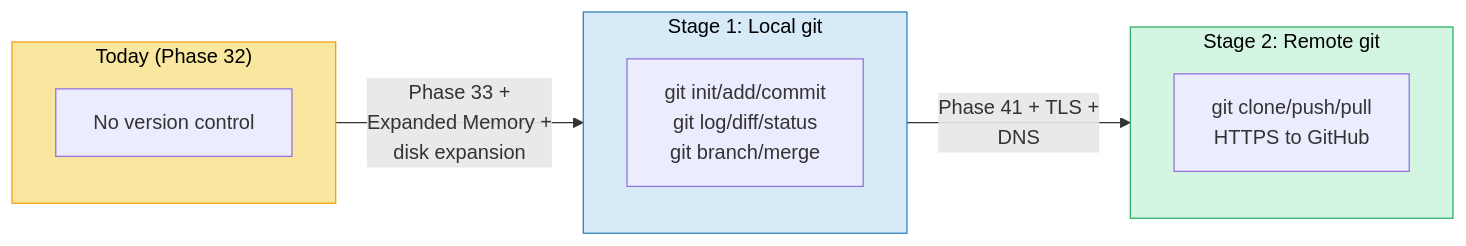
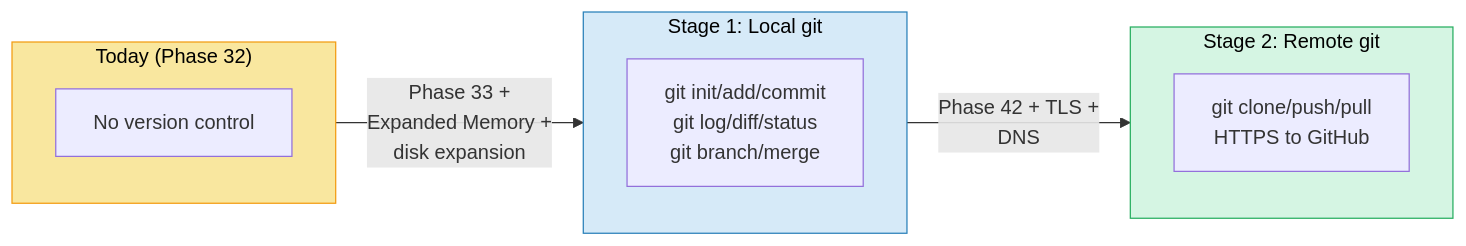
The first of 6 diagrams in docs/git-roadmap.md (mikecubed/m3OS), drawn with Mermaid before and after one commit. The commit also changed other lines of this file and 34 other files, not shown here.

````diff
--- a/docs/git-roadmap.md
+++ b/docs/git-roadmap.md
@@ -11,23 +11,23 @@
 ```mermaid
 flowchart LR
     subgraph TODAY ["Today (Phase 32)"]
         NONE["No version control"]
     end
 
     subgraph STAGE1 ["Stage 1: Local git"]
         direction TB
         LOCAL["git init/add/commit<br/>git log/diff/status<br/>git branch/merge"]
     end
 
     subgraph STAGE2 ["Stage 2: Remote git"]
         direction TB
         REMOTE["git clone/push/pull<br/>HTTPS to GitHub"]
     end
 
     TODAY -->|"Phase 33 +<br/>Expanded Memory +<br/>disk expansion"| STAGE1
-    STAGE1 -->|"Phase 41 + TLS +<br/>DNS"| STAGE2
+    STAGE1 -->|"Phase 42 + TLS +<br/>DNS"| STAGE2
 
     style TODAY fill:#f9e79f,stroke:#f39c12,color:#000
     style STAGE1 fill:#d6eaf8,stroke:#2980b9,color:#000
     style STAGE2 fill:#d5f5e3,stroke:#27ae60,color:#000
 ```
````
